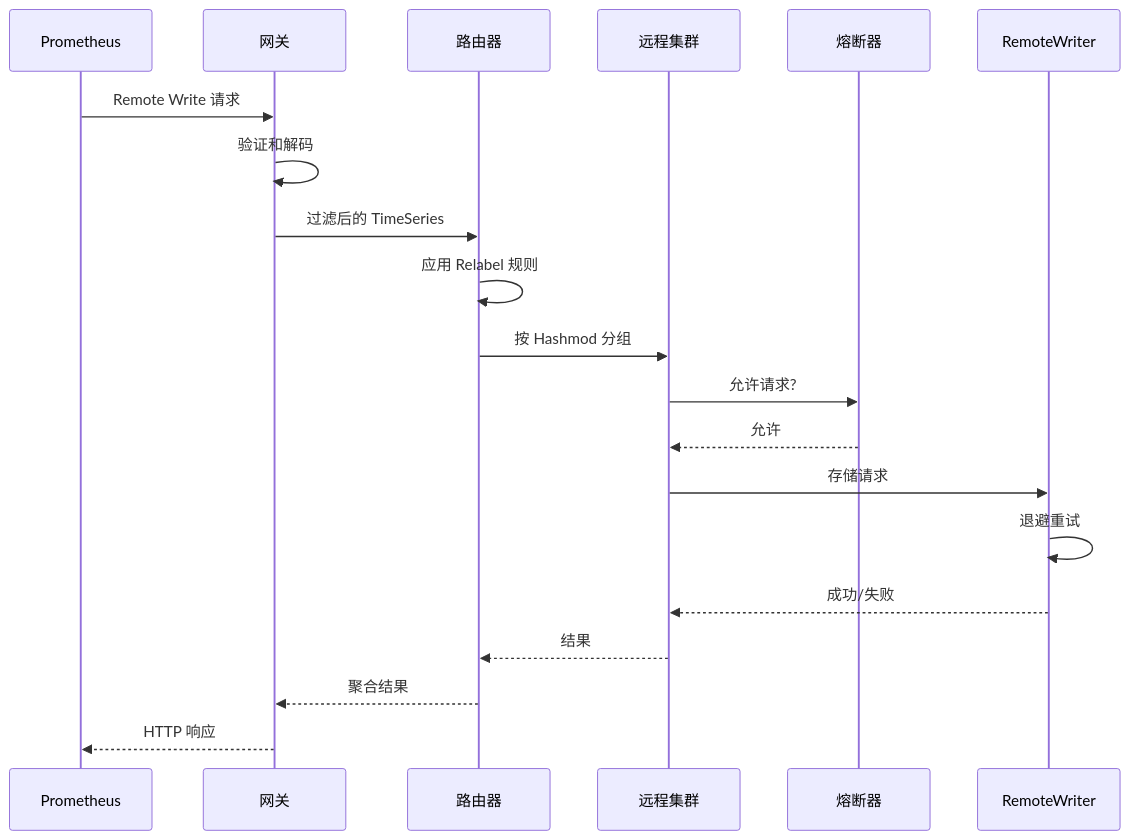
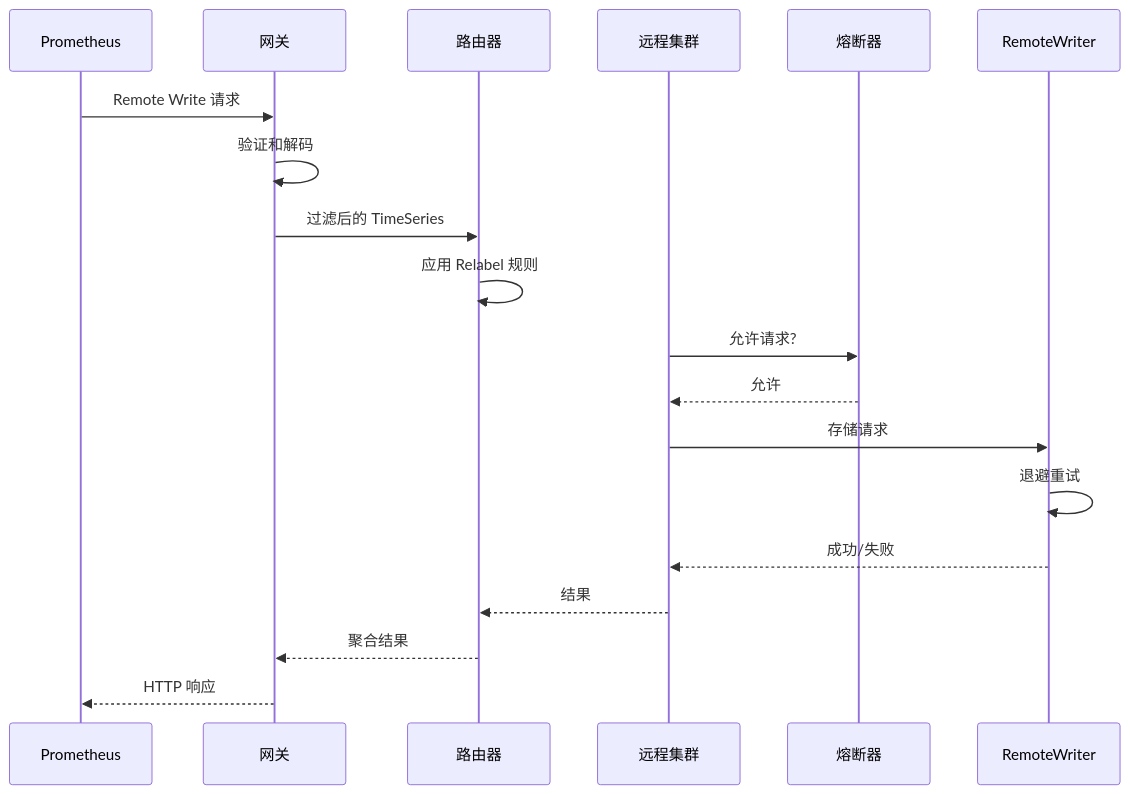
One commit to mickeyzzc/stream-metrics-route changed the fourth of 4 diagrams in docs/architecture_zh.md. Above: the diagram before and after it, drawn with Mermaid. The commit also changed other lines of this file and 6 other files, not shown here.

Commit message:
docs: add consistent hash evaluation document and update architecture

````diff
--- a/docs/architecture_zh.md
+++ b/docs/architecture_zh.md
@@ -162,23 +162,23 @@
 ```mermaid
 sequenceDiagram
     participant C as Prometheus
     participant G as 网关
     participant R as 路由器
     participant RC as 远程集群
     participant CB as 熔断器
     participant RW as RemoteWriter
 
     C->>G: Remote Write 请求
     G->>G: 验证和解码
     G->>R: 过滤后的 TimeSeries
     R->>R: 应用 Relabel 规则
-    R->>RC: 按 Hashmod 分组
+    #MQ|    R->>RC: 按 Jump Hash 分组
     RC->>CB: 允许请求?
     CB-->>RC: 允许
     RC->>RW: 存储请求
     RW->>RW: 退避重试
     RW-->>RC: 成功/失败
     RC-->>R: 结果
     R-->>G: 聚合结果
     G-->>C: HTTP 响应
 ```
````
